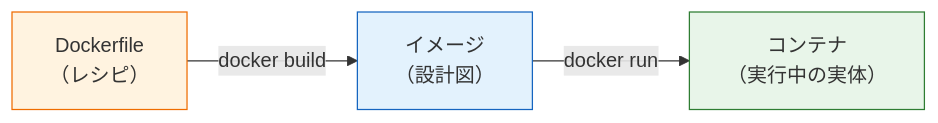
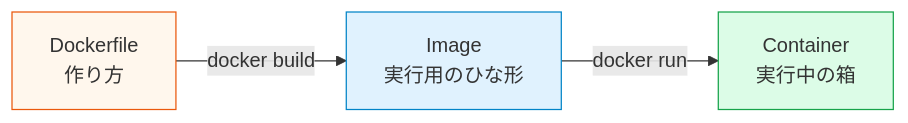
Before and after one commit to dik-ab/school-curriculum-platform: the first of 2 diagrams in cloudflare-site/src/content/docs/docker/dockerfile.md, drawn with Mermaid. The commit also changed other lines of this file, not shown here.

Commit message:
Teach Dockerfile with static HTML

````diff
--- a/cloudflare-site/src/content/docs/docker/dockerfile.md
+++ b/cloudflare-site/src/content/docs/docker/dockerfile.md
@@ -29,8 +27,8 @@
 ```mermaid
-graph LR
-    DF["Dockerfile<br>（レシピ）"] -->|"docker build"| IMG["イメージ<br>（設計図）"]
-    IMG -->|"docker run"| C["コンテナ<br>（実行中の実体）"]
-    style DF fill:#fff3e0,stroke:#ef6c00
-    style IMG fill:#e3f2fd,stroke:#1565c0
-    style C fill:#e8f5e9,stroke:#2e7d32
+flowchart LR
+    A["Dockerfile<br>作り方"] -->|"docker build"| B["Image<br>実行用のひな形"]
+    B -->|"docker run"| C["Container<br>実行中の箱"]
+    style A fill:#fff7ed,stroke:#ea580c
+    style B fill:#e0f2fe,stroke:#0284c7
+    style C fill:#dcfce7,stroke:#16a34a
 ```
````
